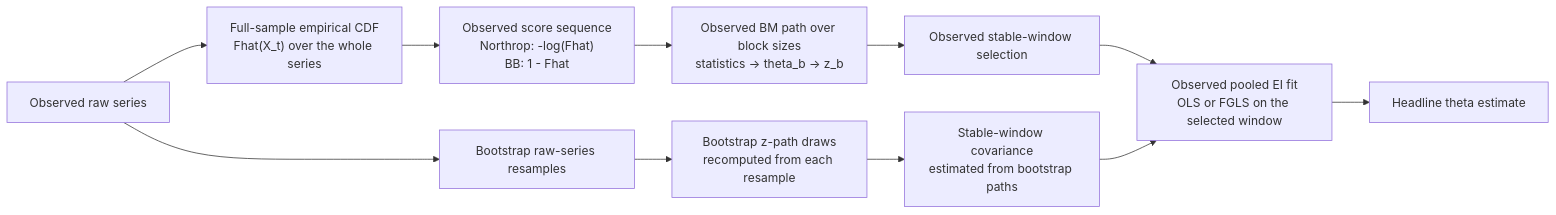
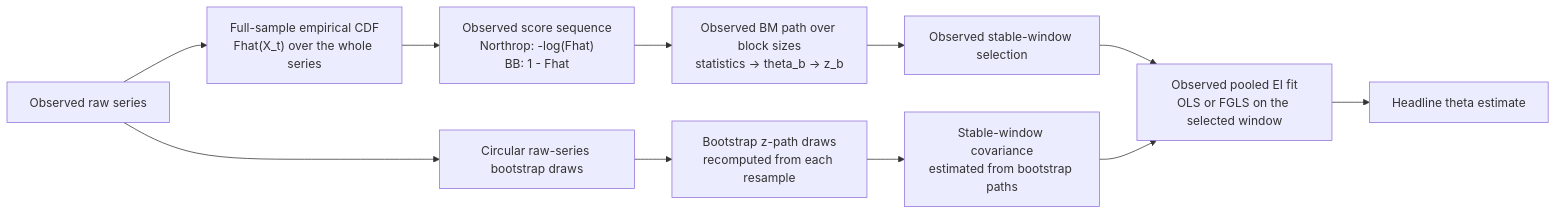
One commit to TY-Cheng/UniBM changed the second of 2 diagrams in docs/concepts.md. Above: the diagram before and after it, drawn with Mermaid. The commit also changed other lines of this file and 11 other files, not shown here.

````diff
--- a/docs/concepts.md
+++ b/docs/concepts.md
@@ -59,13 +60,13 @@
 ```mermaid
 flowchart LR
     raw["Observed raw series"] --> cdf["Full-sample empirical CDF<br/>Fhat(X_t) over the whole series"]
     cdf --> scores["Observed score sequence<br/>Northrop: -log(Fhat)<br/>BB: 1 - Fhat"]
     scores --> path["Observed BM path over block sizes<br/>statistics -> theta_b -> z_b"]
     path --> stable["Observed stable-window selection"]
     stable --> pooled["Observed pooled EI fit<br/>OLS or FGLS on the selected window"]
     pooled --> theta["Headline theta estimate"]
-    raw --> bootraw["Bootstrap raw-series resamples"]
+    raw --> bootraw["Circular raw-series bootstrap draws"]
     bootraw --> bootpath["Bootstrap z-path draws<br/>recomputed from each resample"]
     bootpath --> bootcov["Stable-window covariance<br/>estimated from bootstrap paths"]
     bootcov --> pooled
 ```
````
